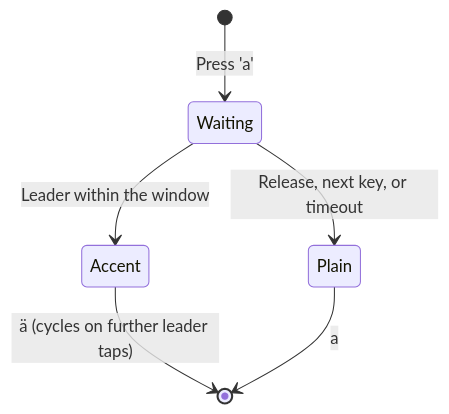
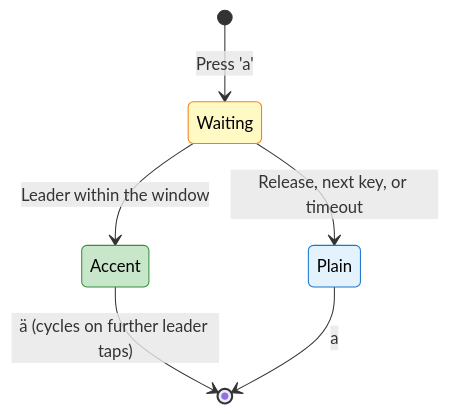
Before and after one commit to Maik-0000FF/schnelle-zeichen: the diagram in docs/HOW-IT-WORKS.md, drawn with Mermaid.

Commit message:
Color the gesture state diagram

````diff
--- a/docs/HOW-IT-WORKS.md
+++ b/docs/HOW-IT-WORKS.md
@@ -25,8 +25,16 @@
 ```mermaid
 stateDiagram-v2
+    classDef waiting fill:#fff9c4,stroke:#f57f17,color:#000
+    classDef accent fill:#c8e6c9,stroke:#388e3c,color:#000
+    classDef plain fill:#e3f2fd,stroke:#1976d2,color:#000
+
     [*] --> Waiting: Press 'a'
     Waiting --> Accent: Leader within the window
     Waiting --> Plain: Release, next key, or timeout
     Accent --> [*]: ä (cycles on further leader taps)
     Plain --> [*]: a
+
+    class Waiting waiting
+    class Accent accent
+    class Plain plain
 ```
````
